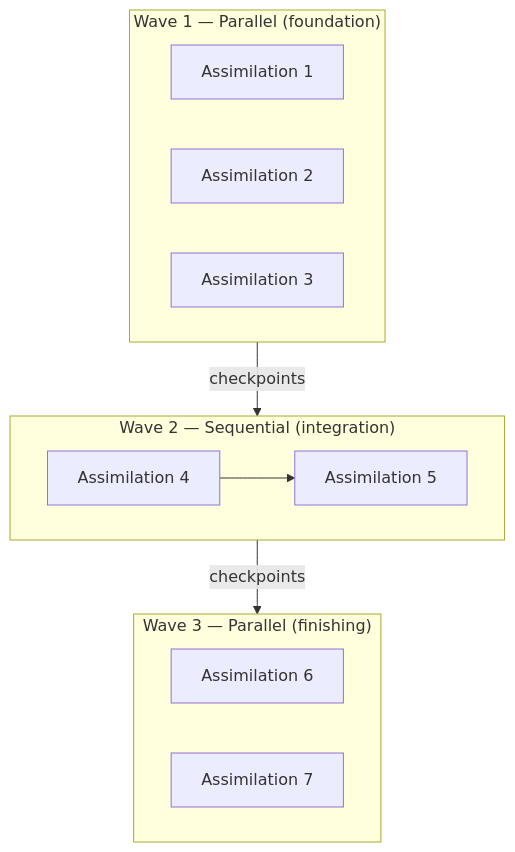
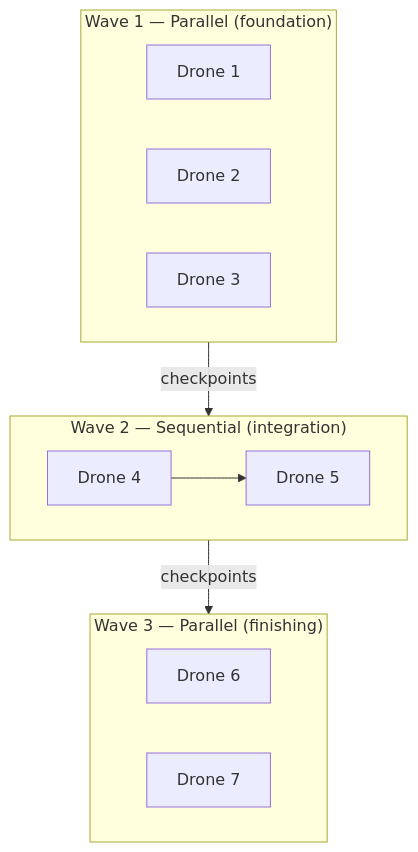
Before and after one commit to benediktms/unimatrix: the tenth of 10 diagrams in README.md, drawn with Mermaid. The commit also changed other lines of this file and 30 other files, not shown here.

````diff
--- a/README.md
+++ b/README.md
@@ -436,13 +436,13 @@
 ```mermaid
 flowchart TD
     subgraph Wave1 ["Wave 1 — Parallel (foundation)"]
-        A1["Assimilation 1"] & A2["Assimilation 2"] & A3["Assimilation 3"]
+        A1["Drone 1"] & A2["Drone 2"] & A3["Drone 3"]
     end
     subgraph Wave2 ["Wave 2 — Sequential (integration)"]
-        A4["Assimilation 4"] --> A5["Assimilation 5"]
+        A4["Drone 4"] --> A5["Drone 5"]
     end
     subgraph Wave3 ["Wave 3 — Parallel (finishing)"]
-        A6["Assimilation 6"] & A7["Assimilation 7"]
+        A6["Drone 6"] & A7["Drone 7"]
     end
     Wave1 -->|checkpoints| Wave2 -->|checkpoints| Wave3
 ```
````
